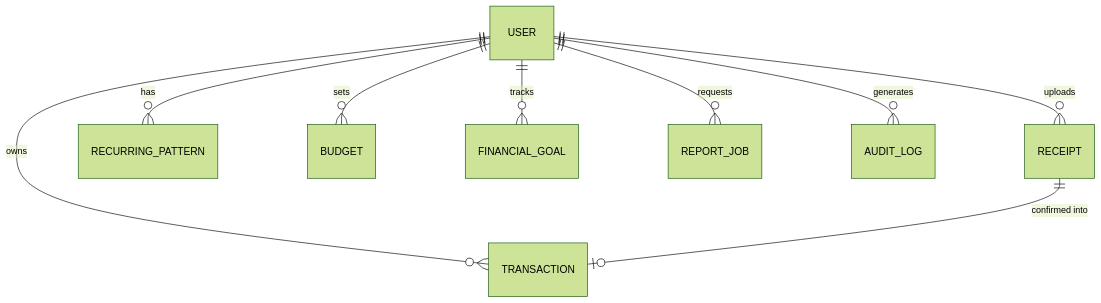
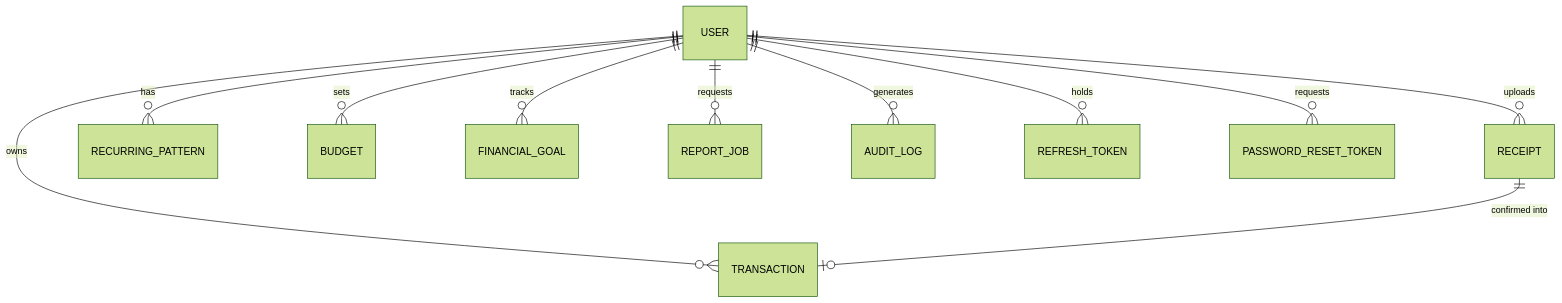
The seventh of 7 diagrams in README.md (mithunveluru/flowsight), drawn with Mermaid (forest theme) before and after one commit. The commit also changed other lines of this file and 22 other files, not shown here.

````diff
--- a/README.md
+++ b/README.md
@@ -277,11 +409,13 @@
 ```mermaid
 erDiagram
     USER ||--o{ TRANSACTION : owns
     USER ||--o{ RECEIPT : uploads
     USER ||--o{ RECURRING_PATTERN : has
     USER ||--o{ BUDGET : sets
     USER ||--o{ FINANCIAL_GOAL : tracks
     USER ||--o{ REPORT_JOB : requests
     USER ||--o{ AUDIT_LOG : generates
+    USER ||--o{ REFRESH_TOKEN : holds
+    USER ||--o{ PASSWORD_RESET_TOKEN : requests
     RECEIPT ||--o| TRANSACTION : "confirmed into"
 ```
````
